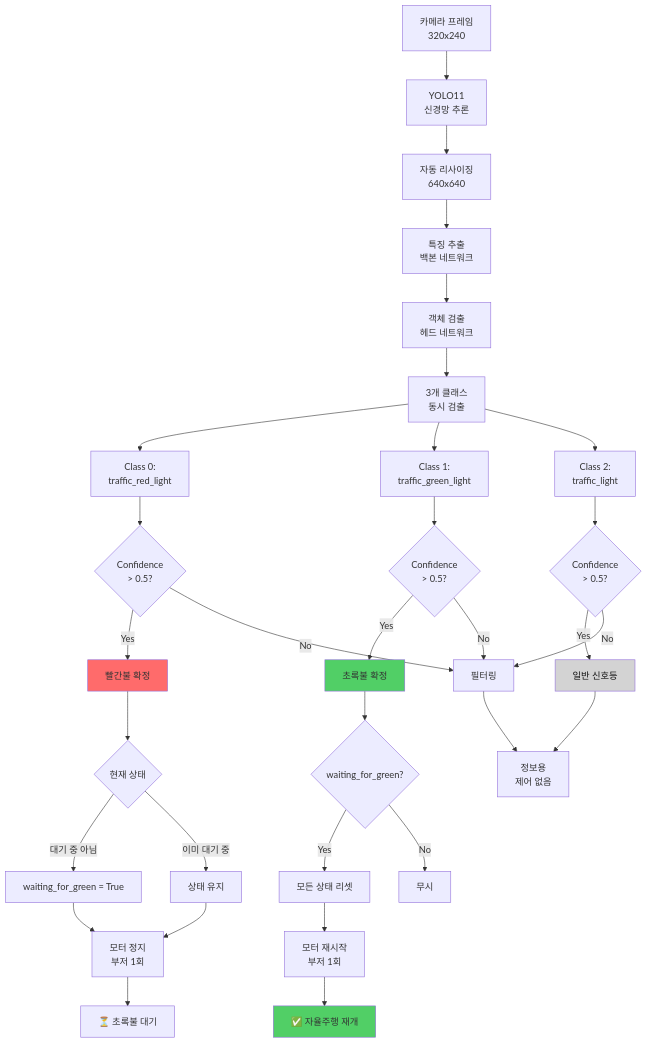
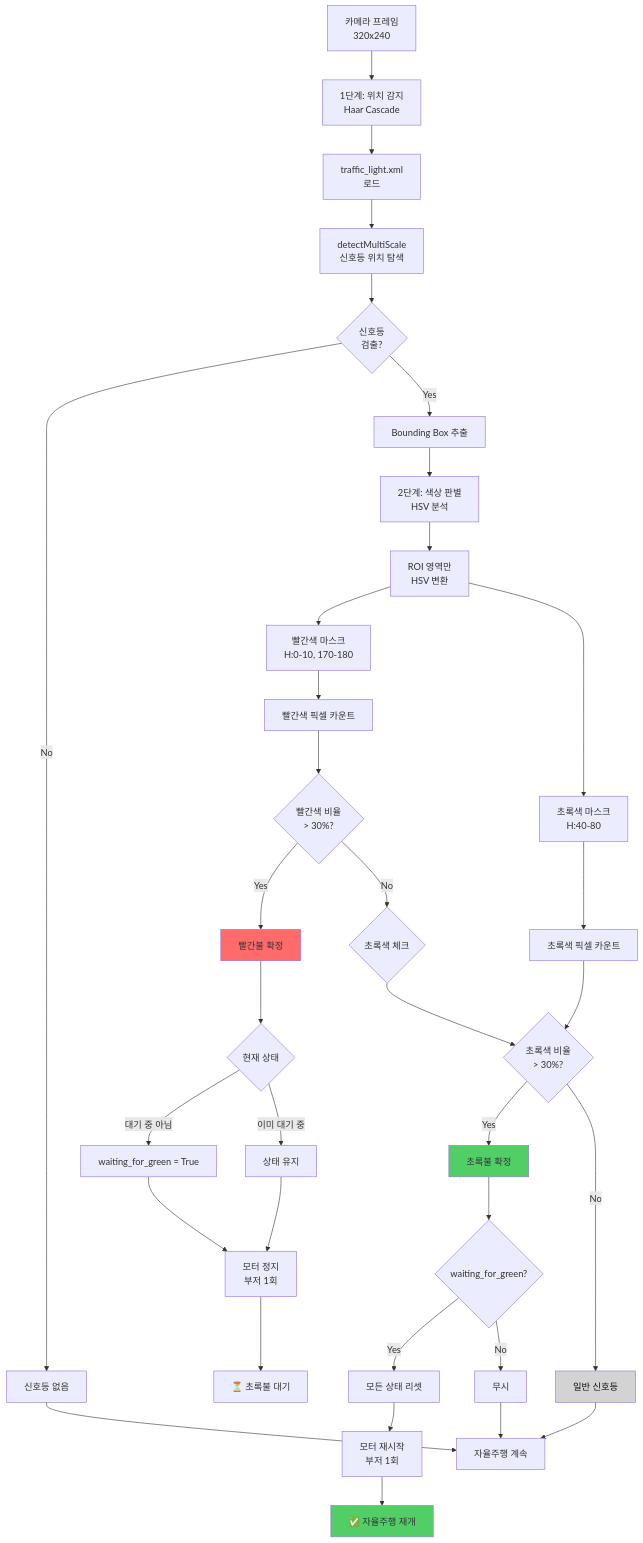
One commit to Collegenie-X/Raspbot-v2-self-driving-car changed the third of 44 diagrams in 06_final_self_driving/_1단계_요구사항_분석.md. Above: the diagram before and after it, drawn with Mermaid. The commit also changed other lines of this file and 5 other files, not shown here.

````diff
--- a/06_final_self_driving/_1단계_요구사항_분석.md
+++ b/06_final_self_driving/_1단계_요구사항_분석.md
@@ -143,50 +141,54 @@
 ```mermaid
 flowchart TD
-    A[카메라 프레임<br/>320x240] --> B[YOLO11<br/>신경망 추론]
+    A[카메라 프레임<br/>320x240] --> B[1단계: 위치 감지<br/>Haar Cascade]
     
-    B --> C[자동 리사이징<br/>640x640]
-    C --> D[특징 추출<br/>백본 네트워크]
-    D --> E[객체 검출<br/>헤드 네트워크]
+    B --> C[traffic_light.xml<br/>로드]
+    C --> D[detectMultiScale<br/>신호등 위치 탐색]
     
-    E --> F[3개 클래스<br/>동시 검출]
+    D --> E{신호등<br/>검출?}
+    E -->|No| F[신호등 없음]
+    E -->|Yes| G[Bounding Box 추출]
     
-    F --> G[Class 0:<br/>traffic_red_light]
-    F --> H[Class 1:<br/>traffic_green_light]
-    F --> I[Class 2:<br/>traffic_light]
+    G --> H[2단계: 색상 판별<br/>HSV 분석]
     
-    G --> J{Confidence<br/>> 0.5?}
-    H --> K{Confidence<br/>> 0.5?}
-    I --> L{Confidence<br/>> 0.5?}
+    H --> I[ROI 영역만<br/>HSV 변환]
+    I --> J[빨간색 마스크<br/>H:0-10, 170-180]
+    I --> K[초록색 마스크<br/>H:40-80]
     
-    J -->|Yes| M[빨간불 확정]
-    J -->|No| N[필터링]
+    J --> L[빨간색 픽셀 카운트]
+    K --> M[초록색 픽셀 카운트]
     
-    K -->|Yes| O[초록불 확정]
-    K -->|No| N
+    L --> N{빨간색 비율<br/>> 30%?}
+    M --> O{초록색 비율<br/>> 30%?}
     
-    L -->|Yes| P[일반 신호등]
-    L -->|No| N
+    N -->|Yes| P[빨간불 확정]
+    O -->|Yes| Q[초록불 확정]
+    N -->|No| R{초록색 체크}
+    O -->|No| S[일반 신호등]
     
-    M --> Q{현재 상태}
-    Q -->|대기 중 아님| R[waiting_for_green = True]
-    Q -->|이미 대기 중| S[상태 유지]
+    R --> O
     
-    R --> T[모터 정지<br/>부저 1회]
-    S --> T
-    T --> U[⏳ 초록불 대기]
+    P --> T{현재 상태}
+    T -->|대기 중 아님| U[waiting_for_green = True]
+    T -->|이미 대기 중| V[상태 유지]
     
-    O --> V{waiting_for_green?}
-    V -->|Yes| W[모든 상태 리셋]
-    V -->|No| X[무시]
+    U --> W[모터 정지<br/>부저 1회]
+    V --> W
+    W --> X[⏳ 초록불 대기]
     
-    W --> Y[모터 재시작<br/>부저 1회]
-    Y --> Z[✅ 자율주행 재개]
+    Q --> Y{waiting_for_green?}
+    Y -->|Yes| Z[모든 상태 리셋]
+    Y -->|No| AA[무시]
     
-    P --> AA[정보용<br/>제어 없음]
-    N --> AA
+    Z --> AB[모터 재시작<br/>부저 1회]
+    AB --> AC[✅ 자율주행 재개]
     
-    style M fill:#ff6b6b
-    style O fill:#51cf66
-    style P fill:#d3d3d3,color:#111
-    style Z fill:#51cf66
+    F --> AD[자율주행 계속]
+    S --> AD
+    AA --> AD
+    
+    style P fill:#ff6b6b
+    style Q fill:#51cf66
+    style S fill:#d3d3d3,color:#111
+    style AC fill:#51cf66
 ```
````
